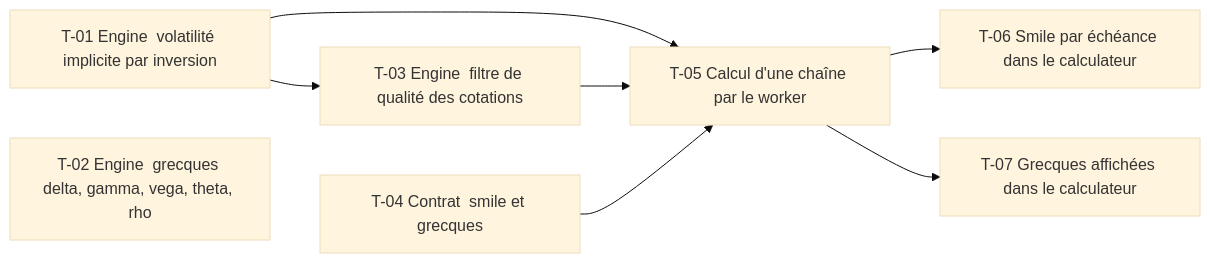
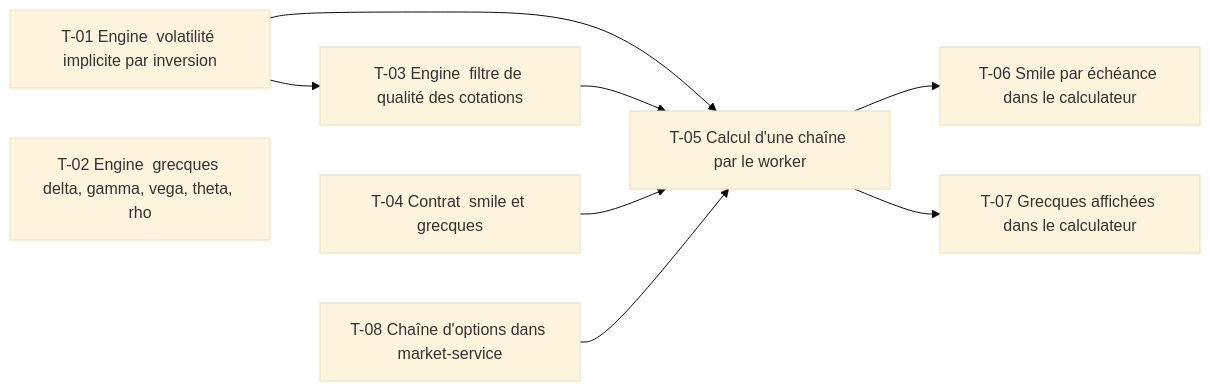
Before and after one commit to Matsuel/TradingPlateform: the diagram in roadmap/17-grecques-volatilite-implicite/TASKS.md, drawn with Mermaid (base theme). The commit also changed other lines of this file and 21 other files, not shown here.

First line of the commit message:
docs(roadmap): décisions des features 14 à 20, chaîne d'options déplacée en 17, index à jour

````diff
--- a/roadmap/17-grecques-volatilite-implicite/TASKS.md
+++ b/roadmap/17-grecques-volatilite-implicite/TASKS.md
@@ -32,16 +34,18 @@
 ```mermaid
 flowchart LR
     T01[T-01 Engine  volatilité implicite par inversion]
     T02[T-02 Engine  grecques delta, gamma, vega, theta, rho]
     T03[T-03 Engine  filtre de qualité des cotations]
     T04[T-04 Contrat  smile et grecques]
     T05[T-05 Calcul d'une chaîne par le worker]
     T06[T-06 Smile par échéance dans le calculateur]
     T07[T-07 Grecques affichées dans le calculateur]
+    T08[T-08 Chaîne d'options dans market-service]
     T01 --> T03
     T01 --> T05
     T03 --> T05
     T04 --> T05
+    T08 --> T05
     T05 --> T06
     T05 --> T07
 ```
````
